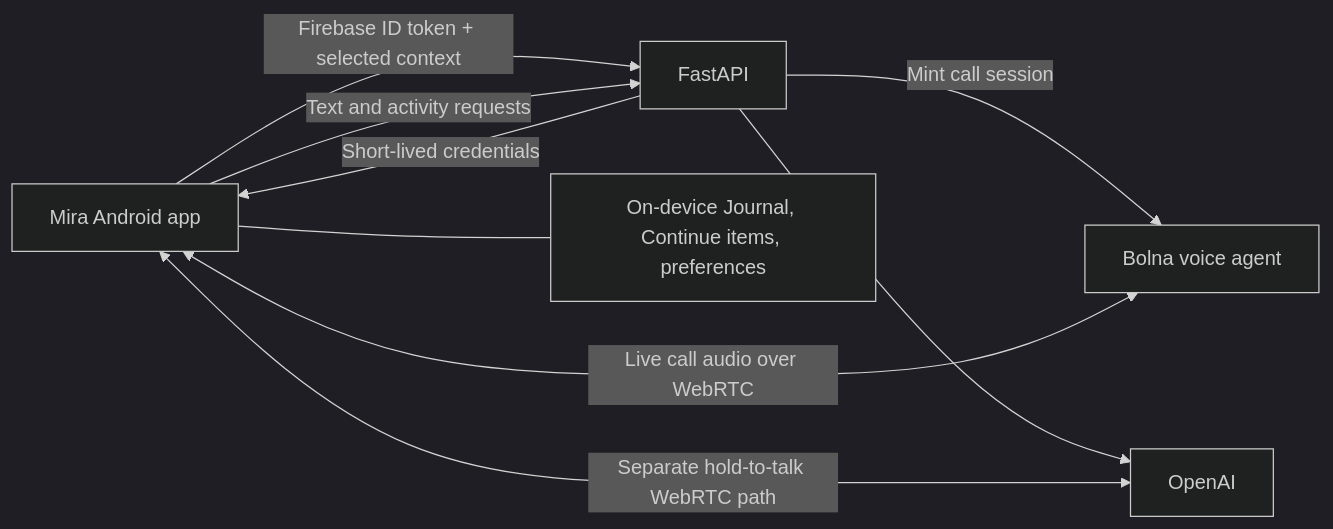
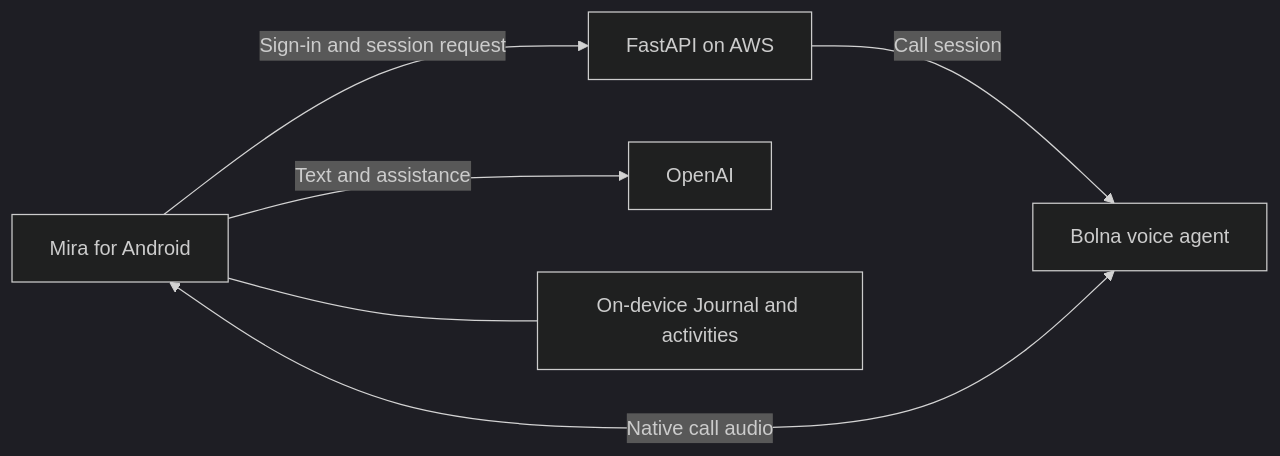
One commit to sandip-pathe/mira changed the diagram in README.md. Above: the diagram before and after it, drawn with Mermaid (dark theme). The commit also changed other lines of this file and 19 other files, not shown here.

````diff
--- a/README.md
+++ b/README.md
@@ -81,11 +50,8 @@
 ```mermaid
 flowchart LR
-    App["Mira Android app"] -->|"Firebase ID token + selected context"| API["FastAPI"]
-    API -->|"Mint call session"| Bolna["Bolna voice agent"]
-    API -->|"Short-lived credentials"| App
-    App <-->|"Live call audio over WebRTC"| Bolna
-    App -->|"Text and activity requests"| API
-    API --> OpenAI["OpenAI"]
-    App <-->|"Separate hold-to-talk WebRTC path"| OpenAI
-    App --- Local["On-device Journal, Continue items, preferences"]
+    App["Mira for Android"] -->|"Sign-in and session request"| API["FastAPI on AWS"]
+    API -->|"Call session"| Bolna["Bolna voice agent"]
+    App <-->|"Native call audio"| Bolna
+    App -->|"Text and assistance"| OpenAI["OpenAI"]
+    App --- Local["On-device Journal and activities"]
 ```
````
